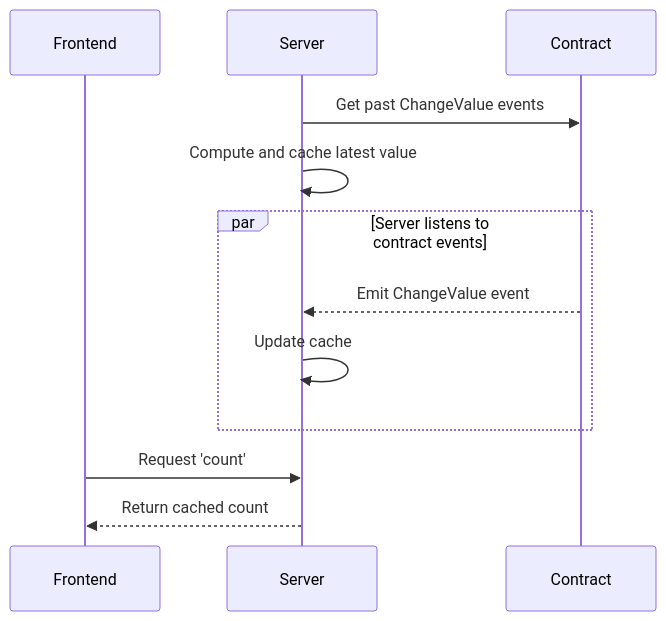
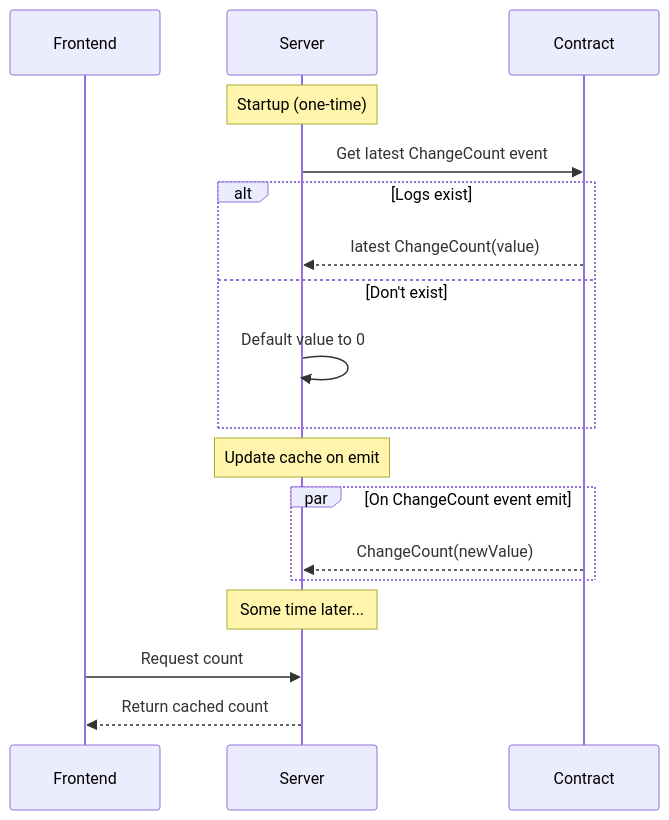
One commit to nicknacknow/marbletop changed the second of 2 diagrams in TODO.md. Above: the diagram before and after it, drawn with Mermaid.

Commit message:
fix backend flow diagram

````diff
--- a/TODO.md
+++ b/TODO.md
@@ -106,20 +106,29 @@
 ```mermaid
 sequenceDiagram
   participant Frontend
   participant Server
   participant Contract
 
-  %% Server startup: compute latest value
-  Server->>Contract: Get past ChangeValue events
-  Server->>Server: Compute and cache latest value
-
-  %% Server listens asynchronously for new events
-  par Server listens to contract events
-    Contract-->>Server: Emit ChangeValue event
-    Server->>Server: Update cache
+  %% Server startup: compute latest value once
+  Note over Server: Startup (one-time)
+  
+  Server->>Contract: Get latest ChangeCount event
+  alt Logs exist
+    Contract-->>Server: latest ChangeCount(value)
+  else Don't exist
+    Server->>Server: Default value to 0
   end
 
-  %% Frontend requests count
-  Frontend->>Server: Request 'count'
+  Note over Server: Update cache on emit
+
+  %% Server listens for new updates
+  par On ChangeCount event emit
+    Contract-->>Server: ChangeCount(newValue)
+  end
+
+  Note over Server: Some time later...
+
+  %% Frontend reads current value
+  Frontend->>Server: Request count
   Server-->>Frontend: Return cached count
 ```
````
